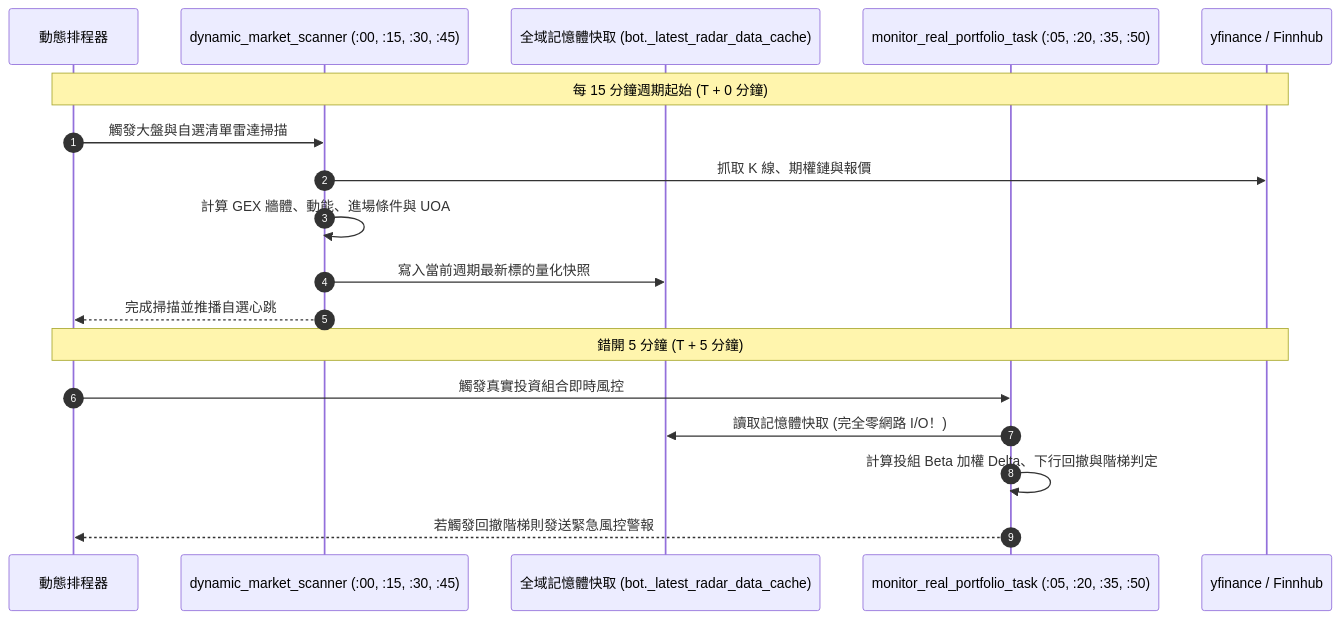
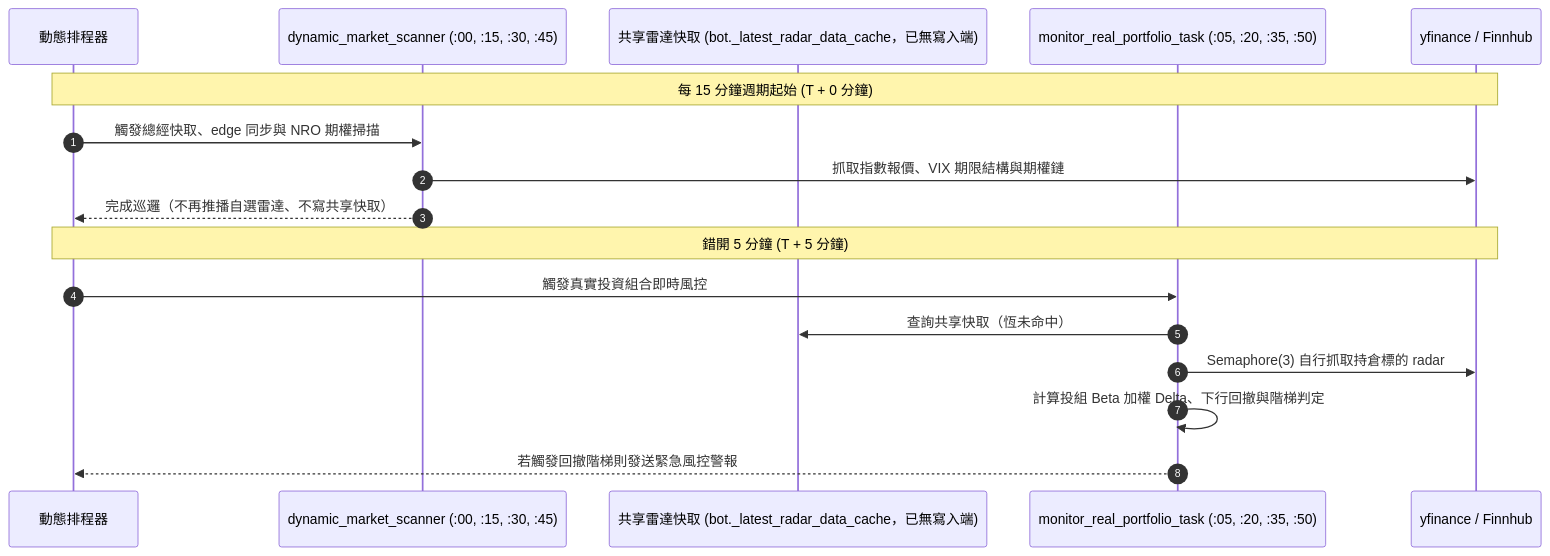
The first of 2 diagrams in docs/platform/08_scheduled_jobs_and_background_pipelines.md (cosmo-chang-1701/nexus-seeker), drawn with Mermaid before and after one commit. The commit also changed other lines of this file and 11 other files, not shown here.

First line of the commit message:
docs: 更新自選雷達移除、edge 同步與 30 分鐘管線記憶體閘門

````diff
--- a/docs/platform/08_scheduled_jobs_and_background_pipelines.md
+++ b/docs/platform/08_scheduled_jobs_and_background_pipelines.md
@@ -48,22 +49,21 @@
 ```mermaid
 sequenceDiagram
     autonumber
     participant Sched as 動態排程器
     participant Scanner as dynamic_market_scanner (:00, :15, :30, :45)
-    participant Cache as 全域記憶體快取 (bot._latest_radar_data_cache)
+    participant Cache as 共享雷達快取 (bot._latest_radar_data_cache，已無寫入端)
     participant PortRisk as monitor_real_portfolio_task (:05, :20, :35, :50)
     participant ExtAPI as yfinance / Finnhub
 
     Note over Sched,ExtAPI: 每 15 分鐘週期起始 (T + 0 分鐘)
-    Sched->>Scanner: 觸發大盤與自選清單雷達掃描
-    Scanner->>ExtAPI: 抓取 K 線、期權鏈與報價
-    Scanner->>Scanner: 計算 GEX 牆體、動能、進場條件與 UOA
-    Scanner->>Cache: 寫入當前週期最新標的量化快照
-    Scanner-->>Sched: 完成掃描並推播自選心跳
+    Sched->>Scanner: 觸發總經快取、edge 同步與 NRO 期權掃描
+    Scanner->>ExtAPI: 抓取指數報價、VIX 期限結構與期權鏈
+    Scanner-->>Sched: 完成巡邏（不再推播自選雷達、不寫共享快取）
 
     Note over Sched,ExtAPI: 錯開 5 分鐘 (T + 5 分鐘)
     Sched->>PortRisk: 觸發真實投資組合即時風控
-    PortRisk->>Cache: 讀取記憶體快取 (完全零網路 I/O！)
+    PortRisk->>Cache: 查詢共享快取（恆未命中）
+    PortRisk->>ExtAPI: Semaphore(3) 自行抓取持倉標的 radar
     PortRisk->>PortRisk: 計算投組 Beta 加權 Delta、下行回撤與階梯判定
     PortRisk-->>Sched: 若觸發回撤階梯則發送緊急風控警報
 ```
````
